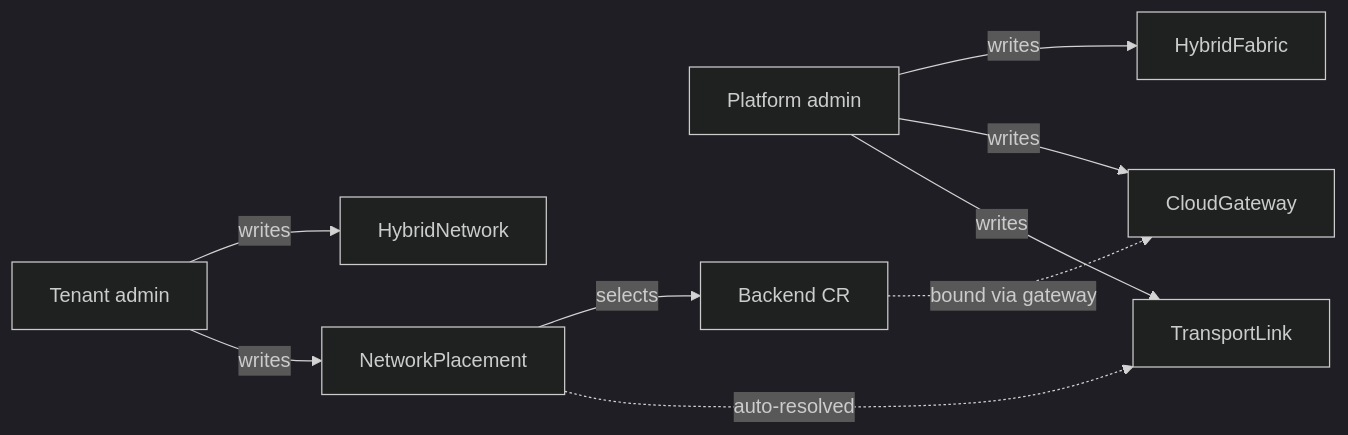
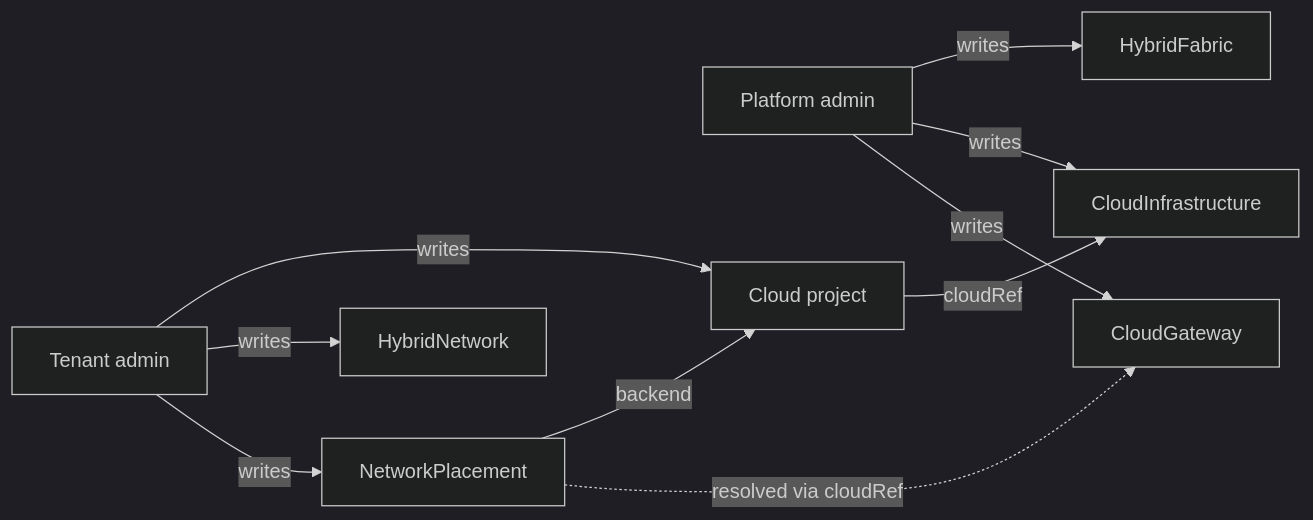
Before and after one commit to hybrid-sovereign-cloud/hybridcloud-demojam: the tenth of 11 diagrams in design/fabric.md, drawn with Mermaid (dark theme). The commit also changed other lines of this file and 9 other files, not shown here.

Commit message:
docs: workshop labs and design doc for the CloudInfrastructure model and the hub CloudVirt spoke

````diff
--- a/design/fabric.md
+++ b/design/fabric.md
@@ -1821,11 +1347,12 @@
 ```mermaid
 flowchart LR
   Admin[Platform admin] -->|writes| HF[HybridFabric]
+  Admin -->|writes| CI[CloudInfrastructure]
   Admin -->|writes| CG[CloudGateway]
-  Admin -->|writes| TL[TransportLink]
-  Tenant[Tenant admin] -->|writes| HN[HybridNetwork]
+  Tenant[Tenant admin] -->|writes| CP[Cloud project]
+  Tenant -->|writes| HN[HybridNetwork]
   Tenant -->|writes| NP[NetworkPlacement]
-  NP -->|selects| BE[Backend CR]
-  NP -.->|auto-resolved| TL
-  BE -.->|bound via gateway| CG
+  CP -->|cloudRef| CI
+  NP -->|backend| CP
+  NP -.->|resolved via cloudRef| CG
 ```
````
